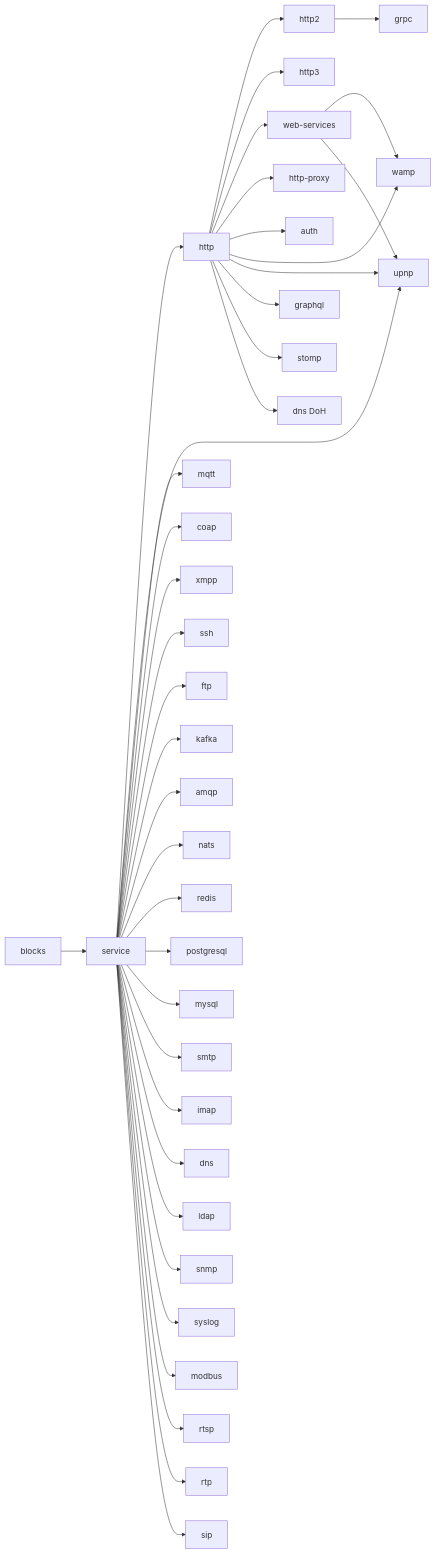
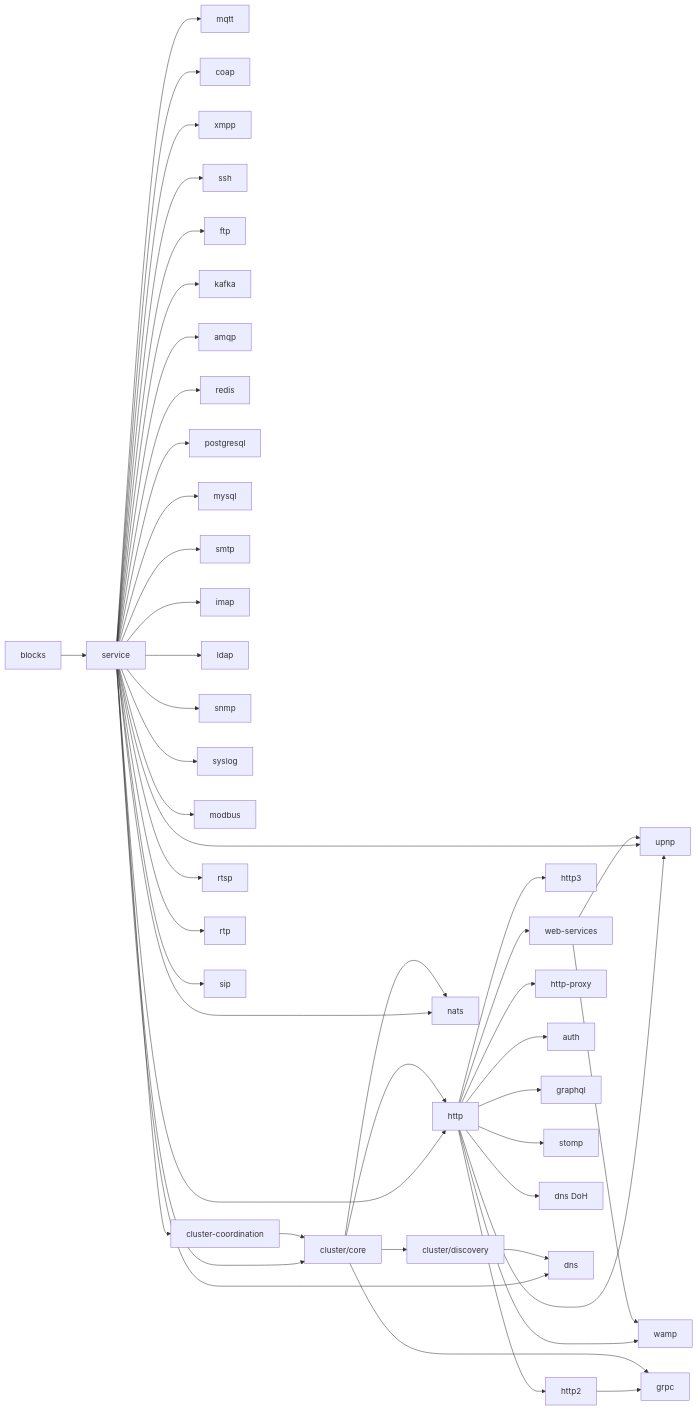
Before and after one commit to 000ssg/lego-flow: the second of 2 diagrams in README.md, drawn with Mermaid. The commit also changed other lines of this file and 225 other files, not shown here.

````diff
--- a/README.md
+++ b/README.md
@@ -125,40 +131,48 @@
 ```mermaid
 flowchart LR
     blocks --> service
     service --> http
     http --> http2
     http --> http3
     http --> ws[web-services]
     http --> proxy[http-proxy]
     http --> auth
     http --> wamp
     ws --> wamp
     http --> upnp
     service --> upnp
     ws --> upnp
     service --> mqtt
     service --> coap
     service --> xmpp
     service --> ssh
     service --> ftp
     http2 --> grpc
     http --> graphql
     http --> stomp
     http --> dns[dns DoH]
     service --> kafka
     service --> amqp
     service --> nats
     service --> redis
     service --> postgresql
     service --> mysql
     service --> smtp
     service --> imap
     service --> dns2[dns]
     service --> ldap
     service --> snmp
     service --> syslog
     service --> modbus
+    service --> clustercore[cluster/core]
+    clustercore --> clusterdisc[cluster/discovery]
+    clusterdisc --> dns2
+    service --> coord[cluster-coordination]
+    coord --> clustercore
+    clustercore --> grpc
+    clustercore --> nats
+    clustercore --> http
     service --> rtsp
     service --> rtp
     service --> sip
 ```
````
